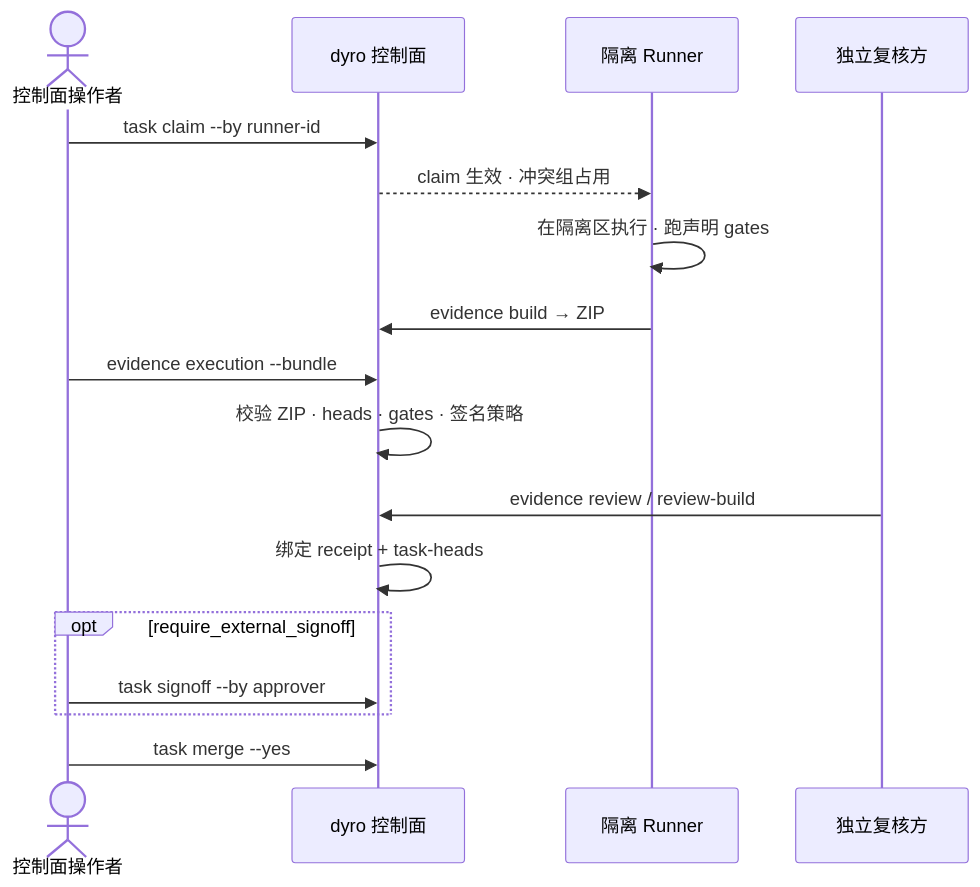
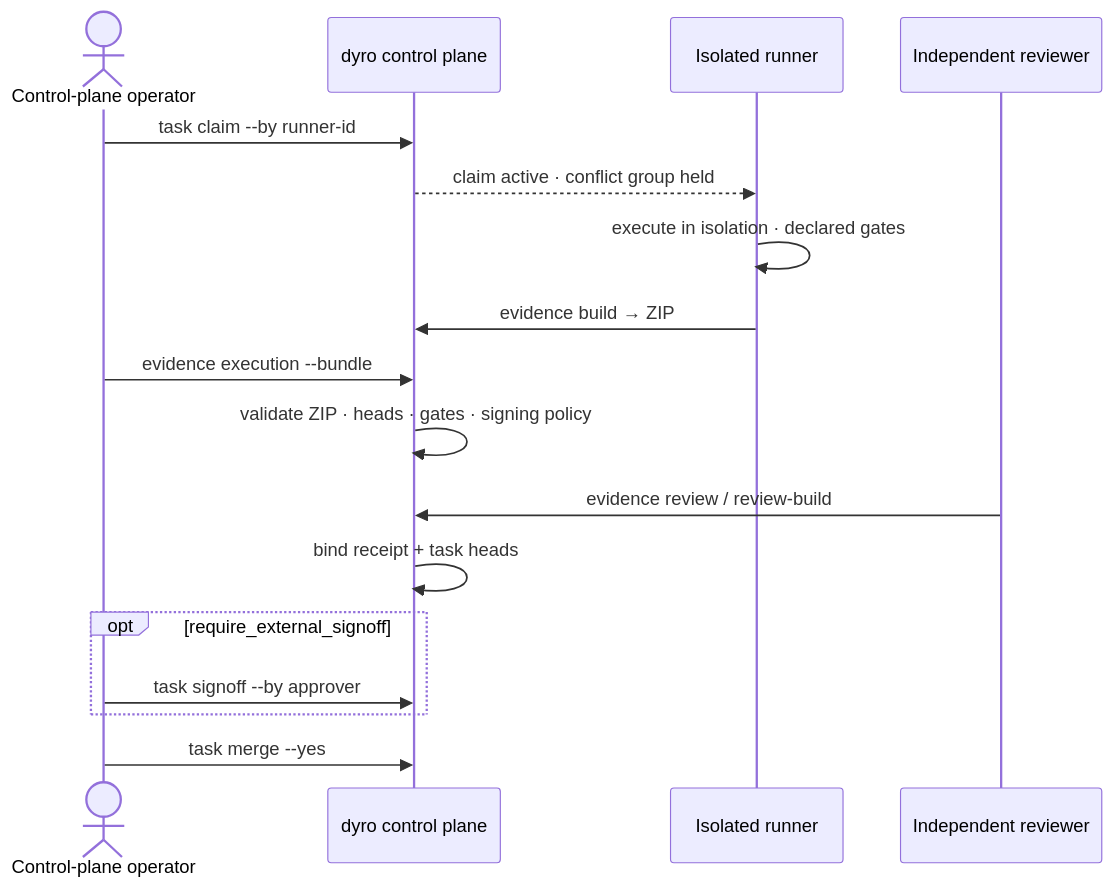
The diagram in docs/images/diagrams/src/05-external-evidence-sequence.mmd (DandreYang/DyroEngineeringFlow), drawn with Mermaid before and after one commit. The commit also changed 46 other files, not shown here.

First line of the commit message:
docs: README 内嵌中英 Mermaid 图示并移除 PNG

```diff
--- a/docs/images/diagrams/src/05-external-evidence-sequence.mmd
+++ b/docs/images/diagrams/src/05-external-evidence-sequence.mmd
@@ -1,18 +1,18 @@
 sequenceDiagram
-  actor Ctrl as 控制面操作者
-  participant CLI as dyro 控制面
-  participant Run as 隔离 Runner
-  participant Rev as 独立复核方
+  actor Ctrl as Control-plane operator
+  participant CLI as dyro control plane
+  participant Run as Isolated runner
+  participant Rev as Independent reviewer
 
   Ctrl->>CLI: task claim --by runner-id
-  CLI-->>Run: claim 生效 · 冲突组占用
-  Run->>Run: 在隔离区执行 · 跑声明 gates
+  CLI-->>Run: claim active · conflict group held
+  Run->>Run: execute in isolation · declared gates
   Run->>CLI: evidence build → ZIP
   Ctrl->>CLI: evidence execution --bundle
-  CLI->>CLI: 校验 ZIP · heads · gates · 签名策略
+  CLI->>CLI: validate ZIP · heads · gates · signing policy
   Rev->>CLI: evidence review / review-build
-  CLI->>CLI: 绑定 receipt + task-heads
+  CLI->>CLI: bind receipt + task heads
   opt require_external_signoff
     Ctrl->>CLI: task signoff --by approver
   end
   Ctrl->>CLI: task merge --yes
```
